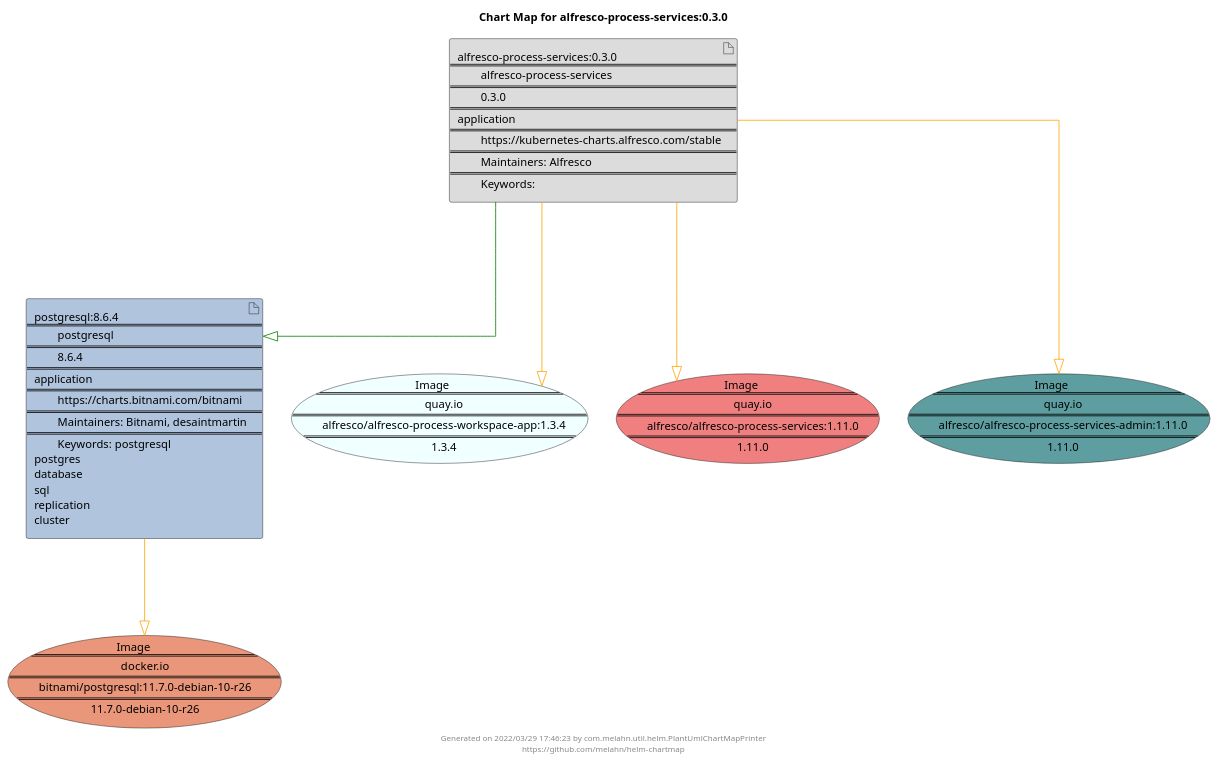
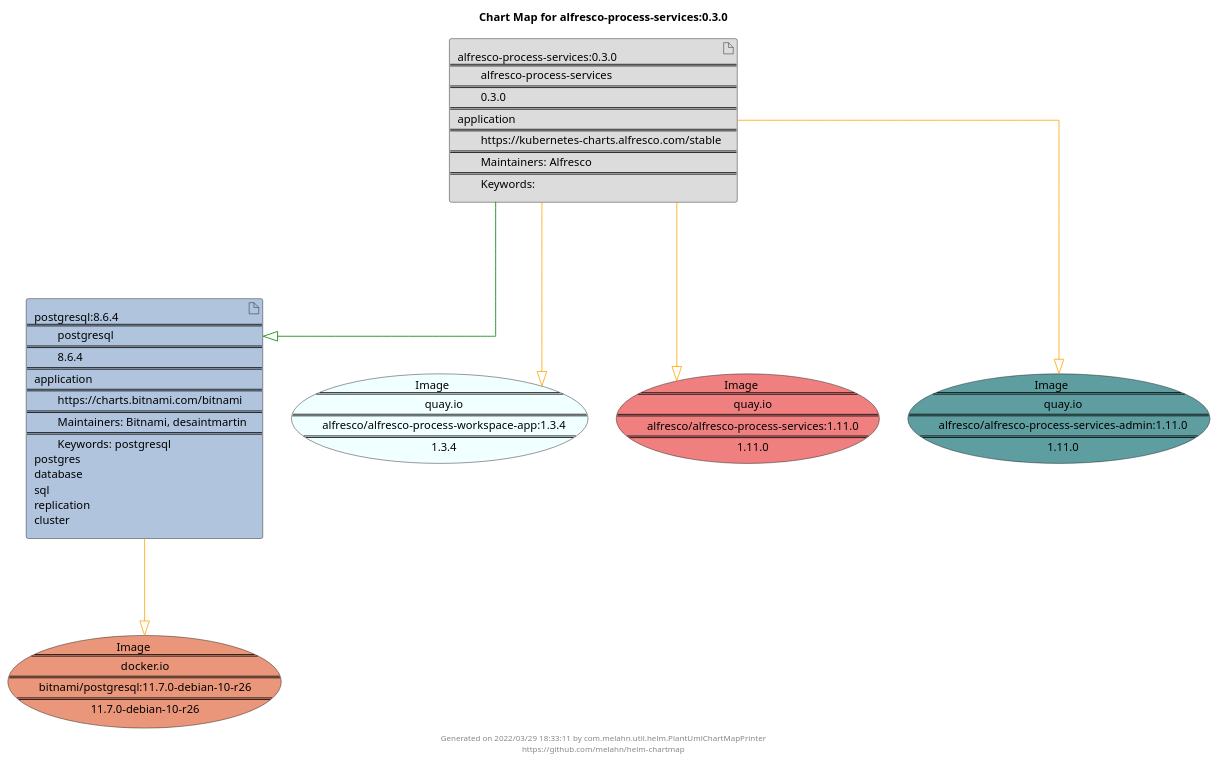
The diagram in docs/alfresco-process-services/alfresco-process-services-0.3.0.puml (melahn/helm-chartmap), drawn with PlantUML before and after one commit. The commit also changed 51 other files, not shown here.

Commit message:
Update Example Chart Maps as part of GitHub build

```diff
--- a/docs/alfresco-process-services/alfresco-process-services-0.3.0.puml
+++ b/docs/alfresco-process-services/alfresco-process-services-0.3.0.puml
@@ -1,29 +1,29 @@
 @startuml
 skinparam linetype ortho
 skinparam backgroundColor white
 skinparam usecaseBorderColor black
 skinparam usecaseArrowColor LightSlateGray
 skinparam artifactBorderColor black
 skinparam artifactArrowColor LightSlateGray
 
 title Chart Map for alfresco-process-services:0.3.0
 
 'There are 2 referenced Helm Charts
 artifact "alfresco-process-services:0.3.0\n====\n\talfresco-process-services\n====\n\t0.3.0\n====\napplication\n====\n\thttps://kubernetes-charts.alfresco.com/stable\n====\n\tMaintainers: Alfresco\n====\n\tKeywords: " as alfresco_process_services_0_3_0 #Gainsboro
 artifact "postgresql:8.6.4\n====\n\tpostgresql\n====\n\t8.6.4\n====\napplication\n====\n\thttps://charts.bitnami.com/bitnami\n====\n\tMaintainers: Bitnami, desaintmartin\n====\n\tKeywords: postgresql\npostgres\ndatabase\nsql\nreplication\ncluster" as postgresql_8_6_4 #LightSteelBlue
 
 'There are 4 referenced Docker Images
 usecase "Image\n====\n\tquay.io\n====\n\talfresco/alfresco-process-workspace-app:1.3.4\n====\n\t1.3.4" as quay_io_alfresco_alfresco_process_workspace_app_1_3_4 #Azure
 usecase "Image\n====\n\tquay.io\n====\n\talfresco/alfresco-process-services:1.11.0\n====\n\t1.11.0" as quay_io_alfresco_alfresco_process_services_1_11_0 #LightCoral
 usecase "Image\n====\n\tquay.io\n====\n\talfresco/alfresco-process-services-admin:1.11.0\n====\n\t1.11.0" as quay_io_alfresco_alfresco_process_services_admin_1_11_0 #CadetBlue
 usecase "Image\n====\n\tdocker.io\n====\n\tbitnami/postgresql:11.7.0-debian-10-r26\n====\n\t11.7.0-debian-10-r26" as docker_io_bitnami_postgresql_11_7_0_debian_10_r26 #DarkSalmon
 
 'Chart Dependencies
 alfresco_process_services_0_3_0--[#green]-|>postgresql_8_6_4
 alfresco_process_services_0_3_0--[#orange]-|>quay_io_alfresco_alfresco_process_services_admin_1_11_0
 alfresco_process_services_0_3_0--[#orange]-|>quay_io_alfresco_alfresco_process_workspace_app_1_3_4
 alfresco_process_services_0_3_0--[#orange]-|>quay_io_alfresco_alfresco_process_services_1_11_0
 postgresql_8_6_4--[#orange]-|>docker_io_bitnami_postgresql_11_7_0_debian_10_r26
 
-center footer Generated on 2022/03/29 17:46:23 by com.melahn.util.helm.PlantUmlChartMapPrinter\nhttps://github.com/melahn/helm-chartmap
+center footer Generated on 2022/03/29 18:33:11 by com.melahn.util.helm.PlantUmlChartMapPrinter\nhttps://github.com/melahn/helm-chartmap
 @enduml
```
